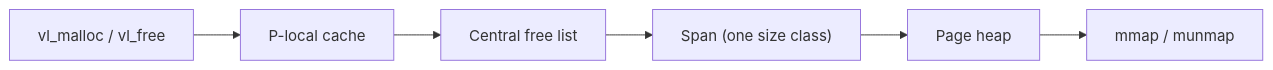
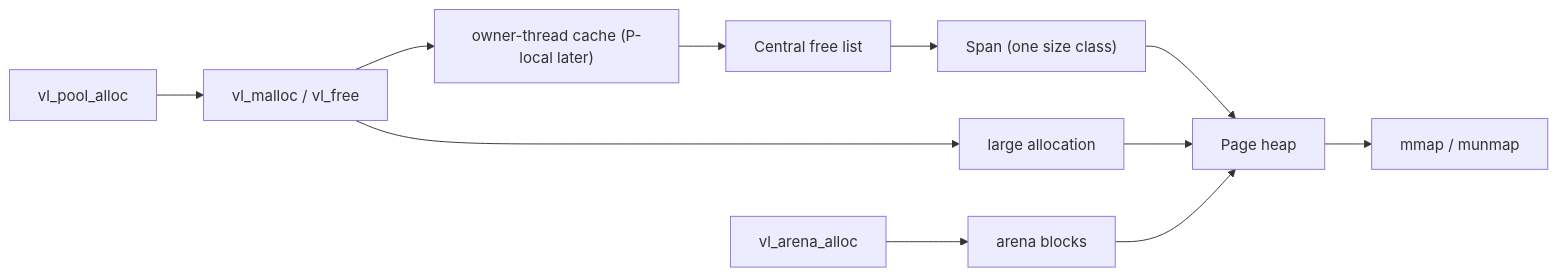
Before and after one commit to nobody0726/veloco: the first of 2 diagrams in docs/diagrams/allocator.md, drawn with Mermaid. The commit also changed other lines of this file and 20 other files, not shown here.

````diff
--- a/docs/diagrams/allocator.md
+++ b/docs/diagrams/allocator.md
@@ -8,8 +8,13 @@
 ```mermaid
 flowchart LR
-    API["vl_malloc / vl_free"] --> LOCAL["P-local cache"]
+    API["vl_malloc / vl_free"] --> LOCAL["owner-thread cache (P-local later)"]
     LOCAL --> CENTRAL["Central free list"]
     CENTRAL --> SPAN["Span (one size class)"]
     SPAN --> PAGES["Page heap"]
     PAGES --> MMAP["mmap / munmap"]
+    API --> LARGE["large allocation"]
+    LARGE --> PAGES
+    ARENA["vl_arena_alloc"] --> ARENA_BLOCK["arena blocks"]
+    ARENA_BLOCK --> PAGES
+    POOL["vl_pool_alloc"] --> API
 ```
````
